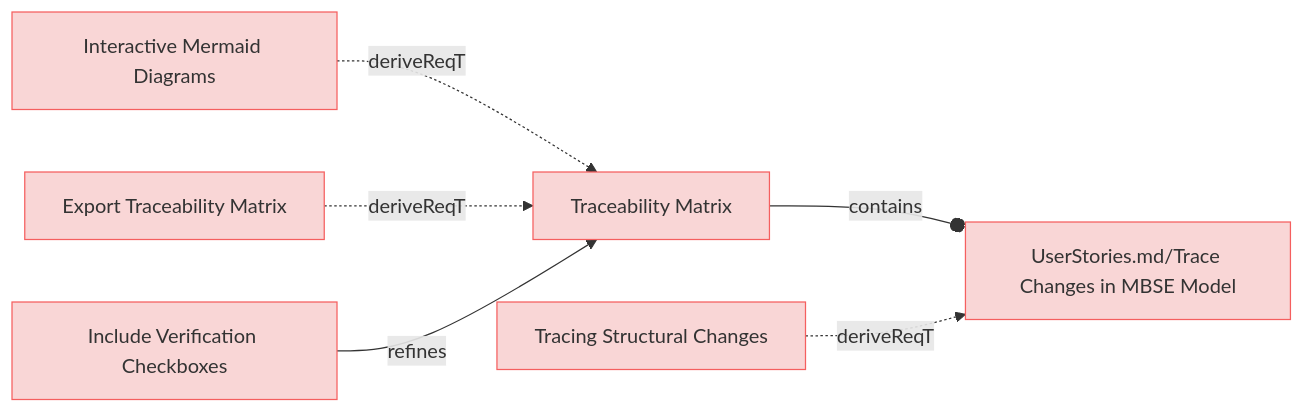
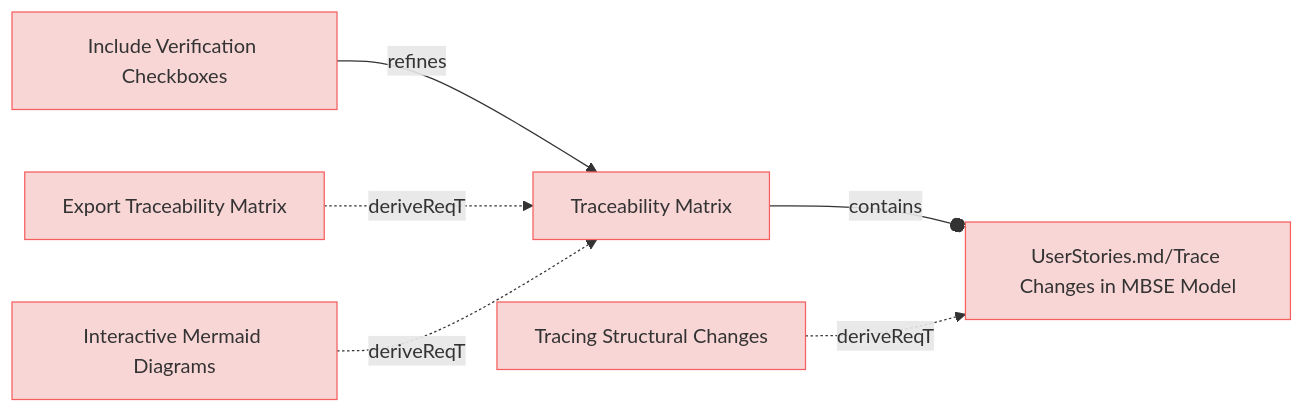
One commit to reqvire-org/reqvire changed the sixth of 9 diagrams in specifications/UserRequirements.md. Above: the diagram before and after it, drawn with Mermaid. The commit also changed other lines of this file and 21 other files, not shown here.

````diff
--- a/specifications/UserRequirements.md
+++ b/specifications/UserRequirements.md
@@ -447,32 +447,32 @@
 ```mermaid
 graph LR;
   %% Graph styling
   classDef requirement fill:#f9d6d6,stroke:#f55f5f,stroke-width:1px;
   classDef verification fill:#d6f9d6,stroke:#5fd75f,stroke-width:1px;
   classDef externalLink fill:#d0e0ff,stroke:#3080ff,stroke-width:1px;
   classDef default fill:#f5f5f5,stroke:#333333,stroke-width:1px;
 
-  33a6290c04810f44["Interactive Mermaid Diagrams"];
-  click 33a6290c04810f44 "https://github.com/ilijaljubicic/Reqvire/blob/8a68ca1eab81bac7964085e47777a0a92447c6a5/specifications/UserRequirements.md#interactive-mermaid-diagrams";
-  class 33a6290c04810f44 requirement;
-  681cda683cd3fa2a["Traceability Matrix"];
-  class 681cda683cd3fa2a requirement;
-  click 681cda683cd3fa2a "https://github.com/ilijaljubicic/Reqvire/blob/8a68ca1eab81bac7964085e47777a0a92447c6a5/specifications/UserRequirements.md#traceability-matrix";
-  33a6290c04810f44 -.->|deriveReqT| 681cda683cd3fa2a;
-  c99ffeebd04e23f["UserStories.md/Trace Changes in MBSE Model"];
-  class c99ffeebd04e23f requirement;
-  click c99ffeebd04e23f "https://github.com/ilijaljubicic/Reqvire/blob/8a68ca1eab81bac7964085e47777a0a92447c6a5/specifications/UserStories.md#trace-changes-in-mbse-model";
-  681cda683cd3fa2a --o|contains| c99ffeebd04e23f;
-  4dc854c91f0e4c8d["Tracing Structural Changes"];
-  click 4dc854c91f0e4c8d "https://github.com/ilijaljubicic/Reqvire/blob/8a68ca1eab81bac7964085e47777a0a92447c6a5/specifications/UserRequirements.md#tracing-structural-changes";
-  class 4dc854c91f0e4c8d requirement;
-  4dc854c91f0e4c8d -.->|deriveReqT| c99ffeebd04e23f;
-  ef3da3123b583d8["Export Traceability Matrix"];
-  click ef3da3123b583d8 "https://github.com/ilijaljubicic/Reqvire/blob/8a68ca1eab81bac7964085e47777a0a92447c6a5/specifications/UserRequirements.md#export-traceability-matrix";
-  class ef3da3123b583d8 requirement;
-  ef3da3123b583d8 -.->|deriveReqT| 681cda683cd3fa2a;
-  c2864bc79bdbe487["Include Verification Checkboxes"];
-  click c2864bc79bdbe487 "https://github.com/ilijaljubicic/Reqvire/blob/8a68ca1eab81bac7964085e47777a0a92447c6a5/specifications/UserRequirements.md#include-verification-checkboxes";
-  class c2864bc79bdbe487 requirement;
-  c2864bc79bdbe487 -->|refines| 681cda683cd3fa2a;
+  4bedae4112e254b["Include Verification Checkboxes"];
+  click 4bedae4112e254b "https://github.com/Reqvire/reqvire/blob/f18e52f9f88c64f67a79abc4e93eb74b3ec22615/specifications/UserRequirements.md#include-verification-checkboxes";
+  class 4bedae4112e254b requirement;
+  c5b8a7944b6943e2["Traceability Matrix"];
+  class c5b8a7944b6943e2 requirement;
+  click c5b8a7944b6943e2 "https://github.com/Reqvire/reqvire/blob/f18e52f9f88c64f67a79abc4e93eb74b3ec22615/specifications/UserRequirements.md#traceability-matrix";
+  4bedae4112e254b -->|refines| c5b8a7944b6943e2;
+  92ab92840dee10a5["Export Traceability Matrix"];
+  click 92ab92840dee10a5 "https://github.com/Reqvire/reqvire/blob/f18e52f9f88c64f67a79abc4e93eb74b3ec22615/specifications/UserRequirements.md#export-traceability-matrix";
+  class 92ab92840dee10a5 requirement;
+  92ab92840dee10a5 -.->|deriveReqT| c5b8a7944b6943e2;
+  b8997351b6f34048["Interactive Mermaid Diagrams"];
+  click b8997351b6f34048 "https://github.com/Reqvire/reqvire/blob/f18e52f9f88c64f67a79abc4e93eb74b3ec22615/specifications/UserRequirements.md#interactive-mermaid-diagrams";
+  class b8997351b6f34048 requirement;
+  b8997351b6f34048 -.->|deriveReqT| c5b8a7944b6943e2;
+  2591b90e1fb90daa["UserStories.md/Trace Changes in MBSE Model"];
+  class 2591b90e1fb90daa requirement;
+  click 2591b90e1fb90daa "https://github.com/Reqvire/reqvire/blob/f18e52f9f88c64f67a79abc4e93eb74b3ec22615/specifications/UserStories.md#trace-changes-in-mbse-model";
+  c5b8a7944b6943e2 --o|contains| 2591b90e1fb90daa;
+  9b9c33c7182d6eeb["Tracing Structural Changes"];
+  click 9b9c33c7182d6eeb "https://github.com/Reqvire/reqvire/blob/f18e52f9f88c64f67a79abc4e93eb74b3ec22615/specifications/UserRequirements.md#tracing-structural-changes";
+  class 9b9c33c7182d6eeb requirement;
+  9b9c33c7182d6eeb -.->|deriveReqT| 2591b90e1fb90daa;
 ```
````
